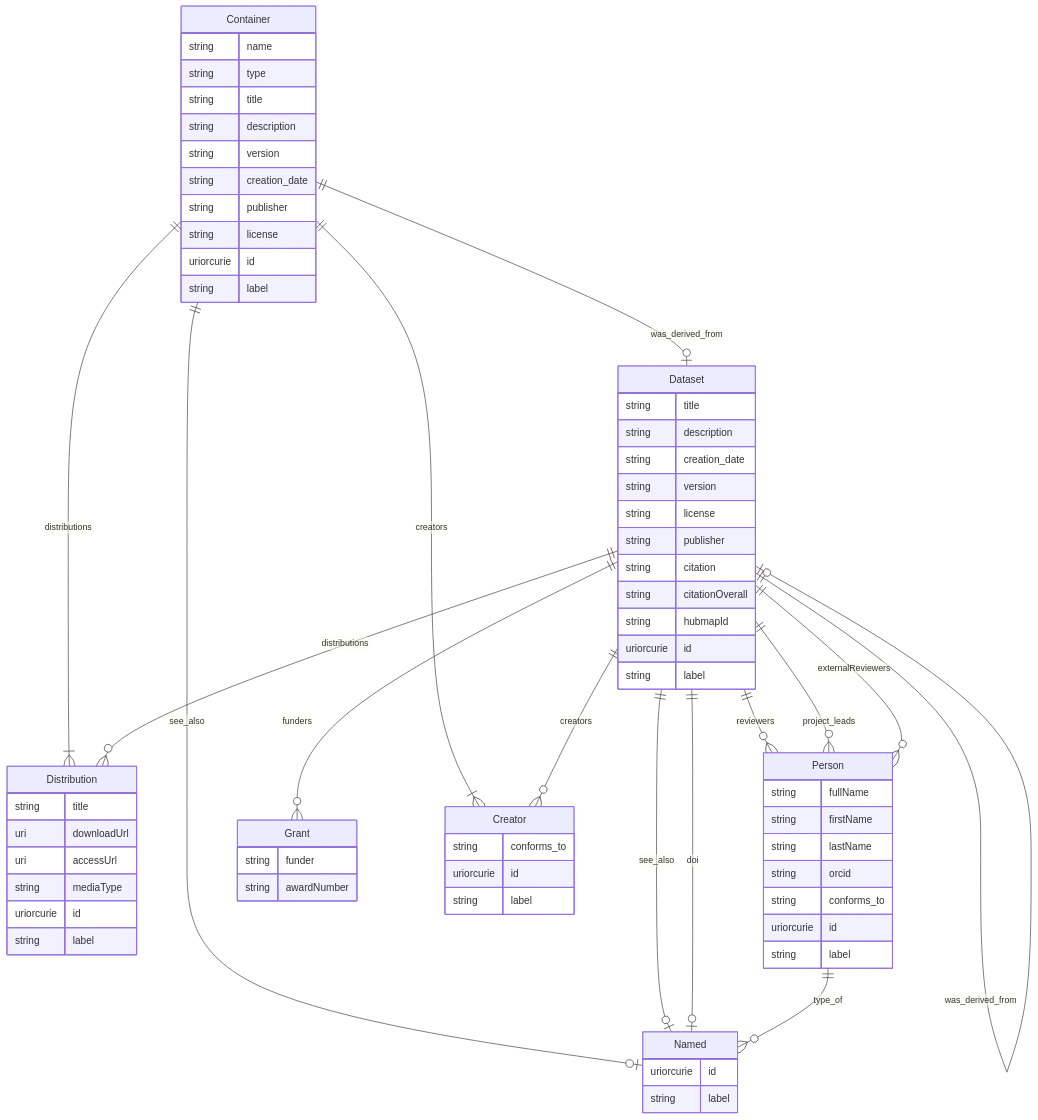
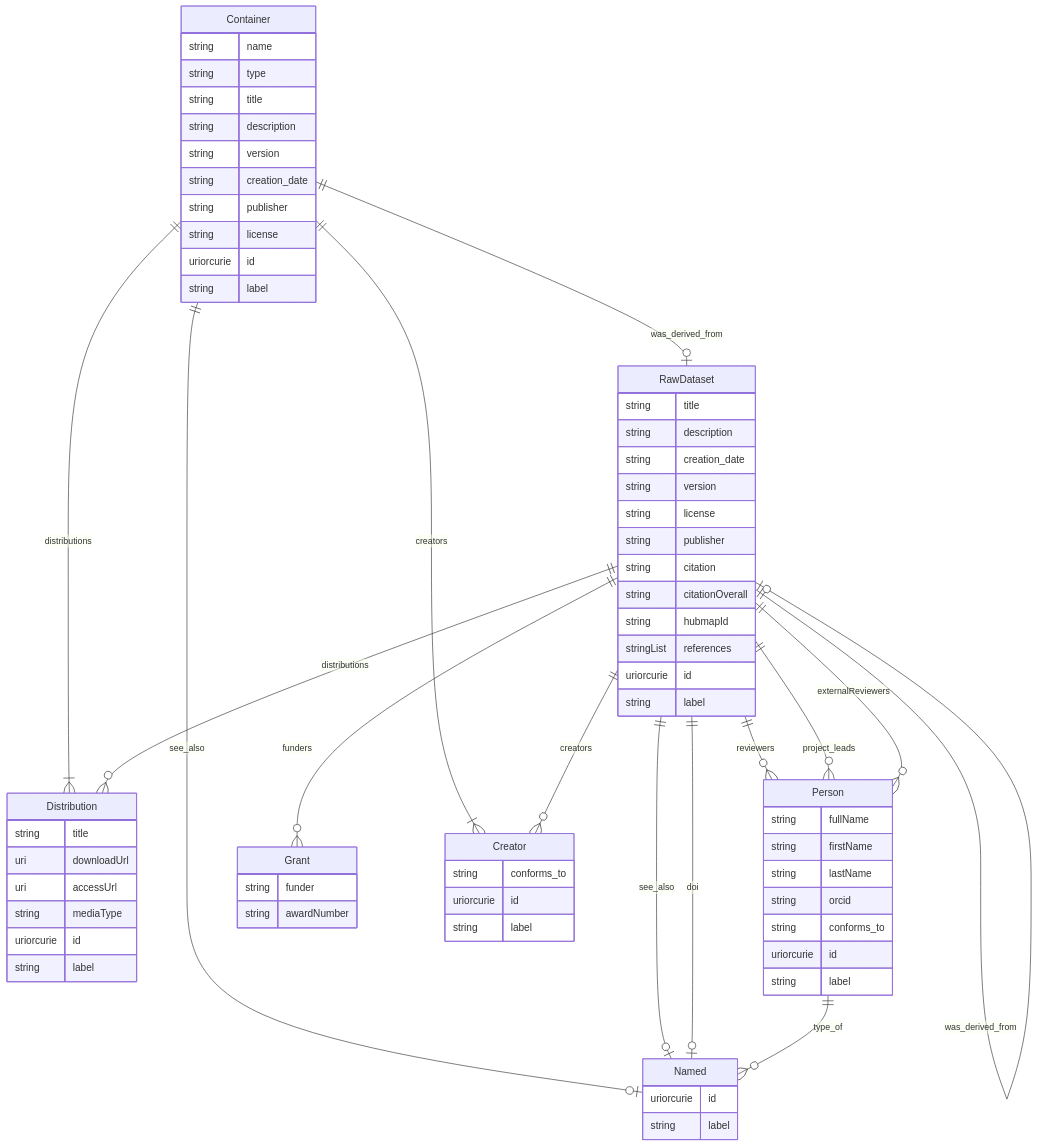
One commit to hubmapconsortium/hra-do-processor changed diagram 20 of 20 in er-diagrams.md. Above: the diagram before and after it, drawn with Mermaid. The commit also changed other lines of this file and 21 other files, not shown here.

Commit message:
Regenerating ER diagrams

````diff
--- a/er-diagrams.md
+++ b/er-diagrams.md
@@ -1310,74 +1687,75 @@
 ```mermaid
 erDiagram
 Container {
     string name  
     string type  
     string title  
     string description  
     string version  
     string creation_date  
     string publisher  
     string license  
     uriorcurie id  
     string label  
 }
-Dataset {
+RawDataset {
     string title  
     string description  
     string creation_date  
     string version  
     string license  
     string publisher  
     string citation  
     string citationOverall  
     string hubmapId  
+    stringList references  
     uriorcurie id  
     string label  
 }
 Distribution {
     string title  
     uri downloadUrl  
     uri accessUrl  
     string mediaType  
     uriorcurie id  
     string label  
 }
 Person {
     string fullName  
     string firstName  
     string lastName  
     string orcid  
     string conforms_to  
     uriorcurie id  
     string label  
 }
 Named {
     uriorcurie id  
     string label  
 }
 Grant {
     string funder  
     string awardNumber  
 }
 Creator {
     string conforms_to  
     uriorcurie id  
     string label  
 }
 
 Container ||--}| Creator : "creators"
 Container ||--|o Named : "see_also"
 Container ||--}| Distribution : "distributions"
-Container ||--|o Dataset : "was_derived_from"
-Dataset ||--}o Creator : "creators"
-Dataset ||--}o Person : "reviewers"
-Dataset ||--|o Named : "see_also"
-Dataset ||--}o Grant : "funders"
-Dataset ||--|o Named : "doi"
-Dataset ||--}o Person : "project_leads"
-Dataset ||--}o Person : "externalReviewers"
-Dataset ||--}o Distribution : "distributions"
-Dataset ||--|o Dataset : "was_derived_from"
+Container ||--|o RawDataset : "was_derived_from"
+RawDataset ||--}o Creator : "creators"
+RawDataset ||--}o Person : "reviewers"
+RawDataset ||--|o Named : "see_also"
+RawDataset ||--}o Grant : "funders"
+RawDataset ||--|o Named : "doi"
+RawDataset ||--}o Person : "project_leads"
+RawDataset ||--}o Person : "externalReviewers"
+RawDataset ||--}o Distribution : "distributions"
+RawDataset ||--|o RawDataset : "was_derived_from"
 Person ||--}o Named : "type_of"
 
 ```
````
